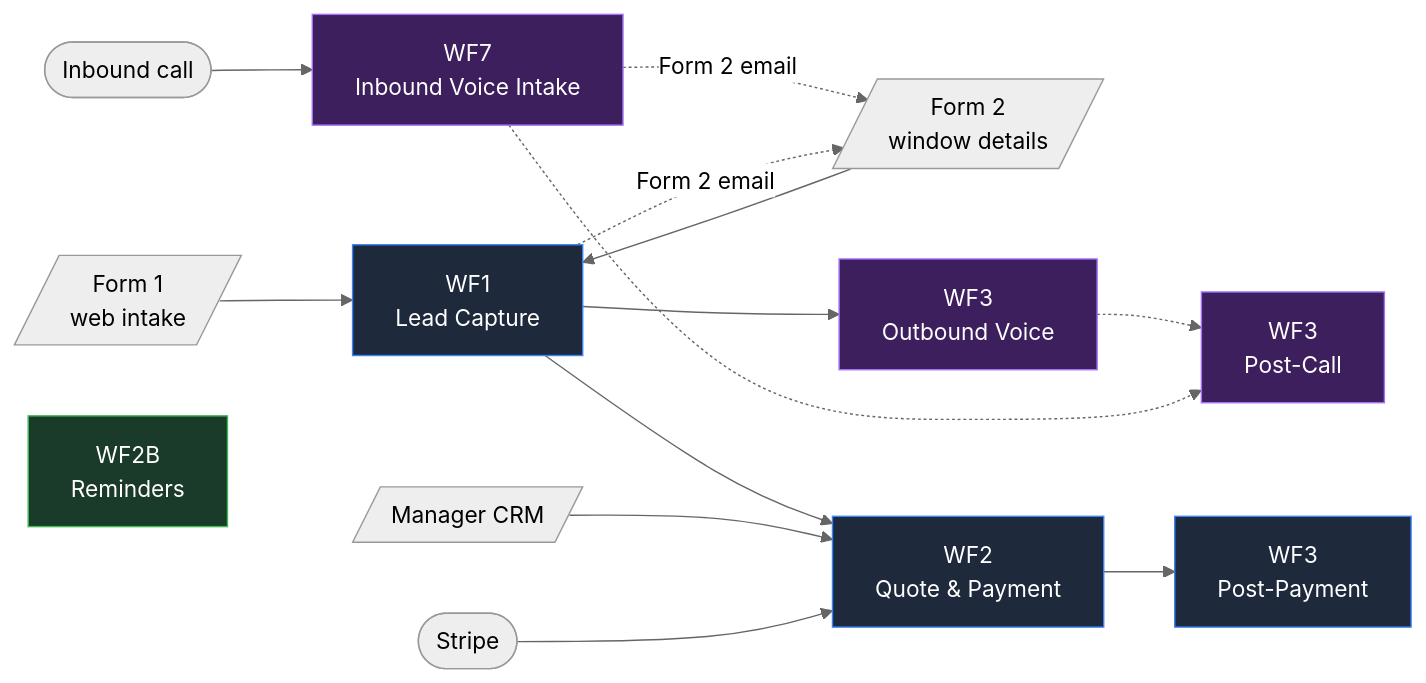
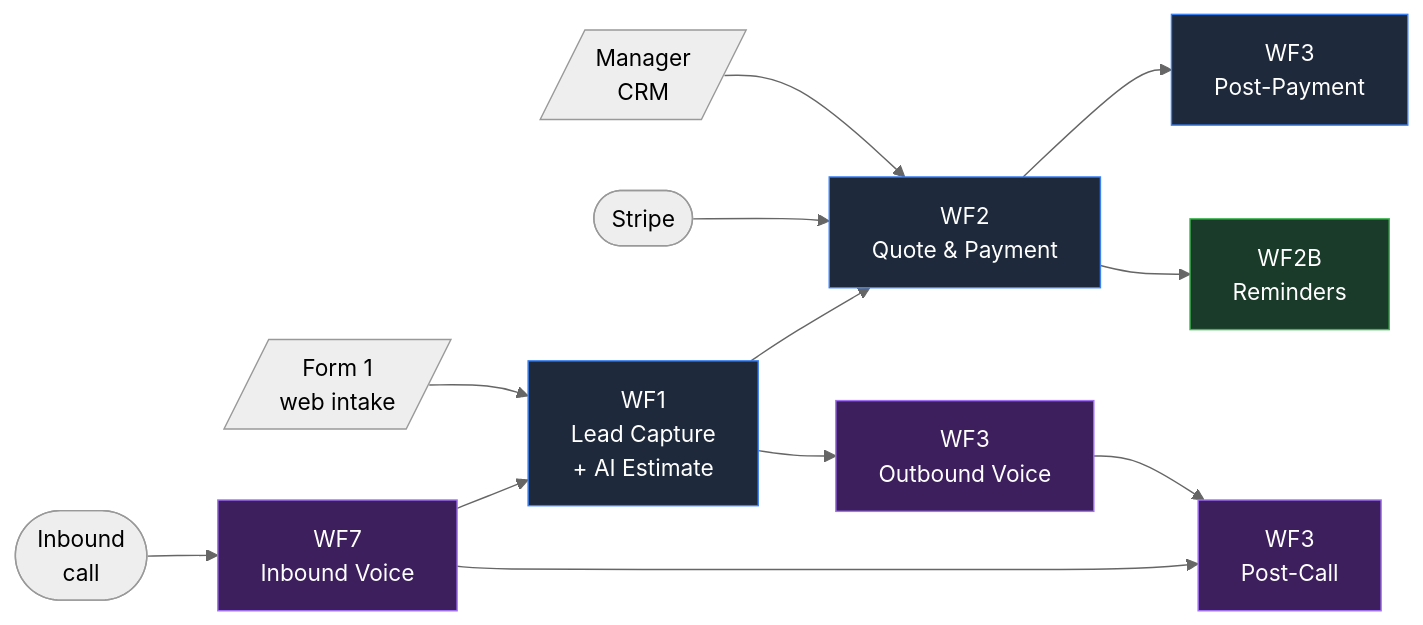
One commit to SamarthKr2901/quote-to-cash-workflow-automation changed the diagram in README.md. Above: the diagram before and after it, drawn with Mermaid (neutral theme). The commit also changed other lines of this file, not shown here.

First line of the commit message:
docs: tighten README — diagram, n8n badge, status framing

````diff
--- a/README.md
+++ b/README.md
@@ -45,36 +45,36 @@
 ```mermaid
 flowchart LR
-    Form1[/"Form 1<br/>web intake"/]
-    Form2[/"Form 2<br/>window details"/]
-    Phone(["Inbound call"])
-    CRM[/"Manager CRM"/]
+    Web[/"Form 1<br/>web intake"/]
+    Call(["Inbound<br/>call"])
+    CRM[/"Manager<br/>CRM"/]
     Stripe(["Stripe"])
 
-    WF1["WF1<br/>Lead Capture"]
-    WF7["WF7<br/>Inbound Voice Intake"]
-    WF3OUT["WF3<br/>Outbound Voice"]
-    WF2["WF2<br/>Quote &amp; Payment"]
-    WF2B["WF2B<br/>Reminders"]
-    WF3PC["WF3<br/>Post-Call"]
+    WF7["WF7<br/>Inbound Voice"]
+    WF1["WF1<br/>Lead Capture<br/>+ AI Estimate"]
+    WF2["WF2<br/>Quote & Payment"]
     WF3PP["WF3<br/>Post-Payment"]
 
-    Form1 --> WF1
-    Phone --> WF7
-    WF7 -.->|Form 2 email| Form2
-    WF1 -.->|Form 2 email| Form2
-    Form2 --> WF1
-    WF1 --> WF3OUT
-    WF1 --> WF2
-    CRM --> WF2
+    WF3OUT["WF3<br/>Outbound Voice"]
+    WF3PC["WF3<br/>Post-Call"]
+    WF2B["WF2B<br/>Reminders"]
+
+    Web    --> WF1
+    Call   --> WF7
+    WF7    --> WF1
+    WF1    --> WF2
+    CRM    --> WF2
     Stripe --> WF2
-    WF2 --> WF3PP
-    WF3OUT -.-> WF3PC
-    WF7 -.-> WF3PC
+    WF2    --> WF3PP
+
+    WF1    --> WF3OUT
+    WF3OUT --> WF3PC
+    WF7    --> WF3PC
+    WF2    --> WF2B
 
     classDef core fill:#1e293b,stroke:#3b82f6,color:#fff
     classDef voice fill:#3d1f5e,stroke:#a371f7,color:#fff
     classDef sched fill:#1a3a2a,stroke:#3fb950,color:#fff
     class WF1,WF2,WF3PP core
     class WF7,WF3OUT,WF3PC voice
     class WF2B sched
 ```
````
